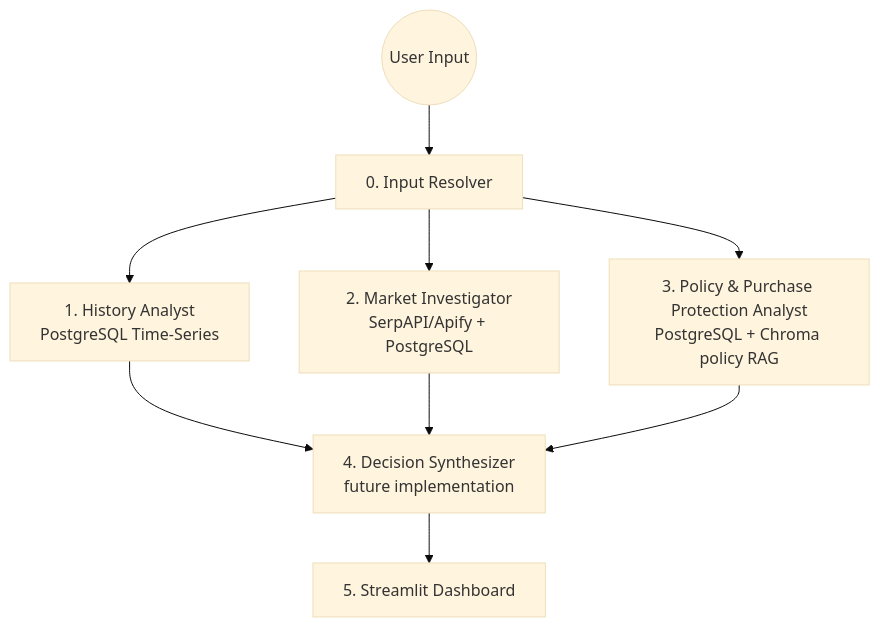
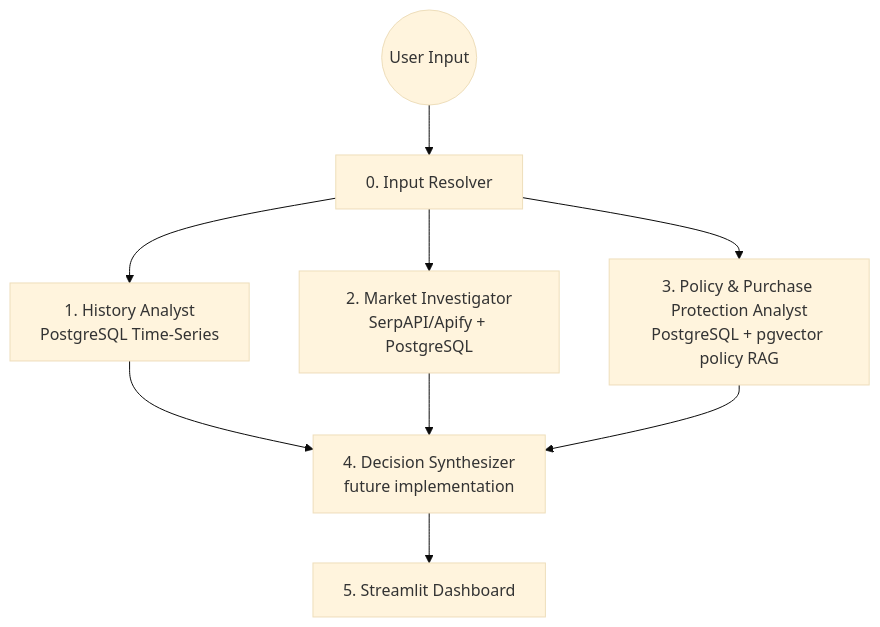
The diagram in README.md (tuwanigarima/price-lenses), drawn with Mermaid (base theme) before and after one commit. The commit also changed other lines of this file and 15 other files, not shown here.

First line of the commit message:
feat: migrate from Chroma to pgvector for policy embeddings

````diff
--- a/README.md
+++ b/README.md
@@ -17,14 +17,14 @@
 ```mermaid
 graph TD
     User((User Input)) --> Node0[0. Input Resolver]
     
     Node0 --> Agent1[1. History Analyst<br/>PostgreSQL Time-Series]
     Node0 --> Agent2[2. Market Investigator<br/>SerpAPI/Apify + PostgreSQL]
-    Node0 --> Agent3[3. Policy & Purchase Protection Analyst<br/>PostgreSQL + Chroma policy RAG]
+    Node0 --> Agent3[3. Policy & Purchase Protection Analyst<br/>PostgreSQL + pgvector policy RAG]
     
     Agent1 --> Node4[4. Decision Synthesizer<br/>future implementation]
     Agent2 --> Node4
     Agent3 --> Node4
     
     Node4 --> UI[5. Streamlit Dashboard]
 ```
````
